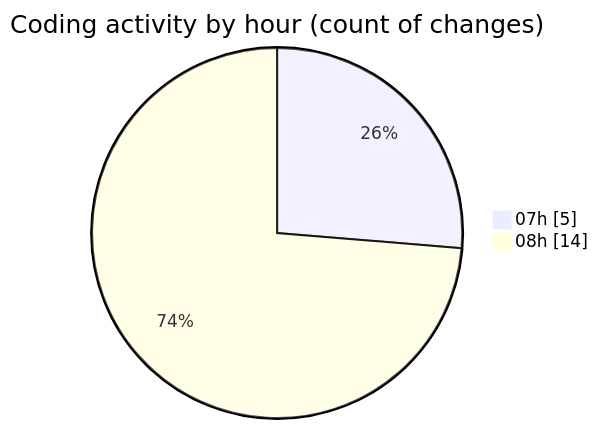
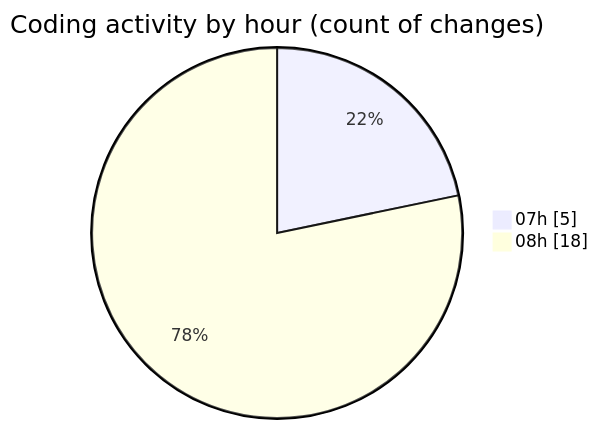
Before and after one commit to robertbonfada/code-tracking: the second of 2 diagrams in 2025-02-07/mbc-web/README.md, drawn with Mermaid. The commit also changed other lines of this file and 1 other file, not shown here.

````diff
--- a/2025-02-07/mbc-web/README.md
+++ b/2025-02-07/mbc-web/README.md
@@ -31,6 +31,6 @@
 ```mermaid
 pie showData
 title Coding activity by hour (count of changes)
 "07h" : 5
-"08h" : 14
+"08h" : 18
 ```
````
